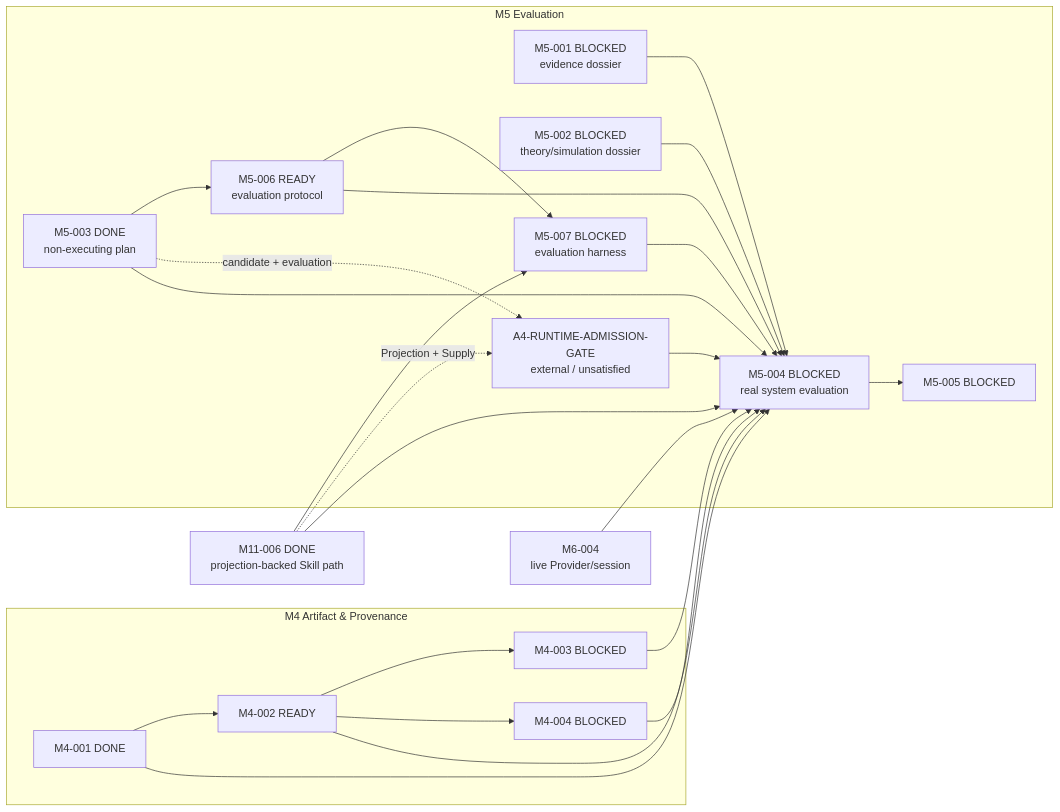
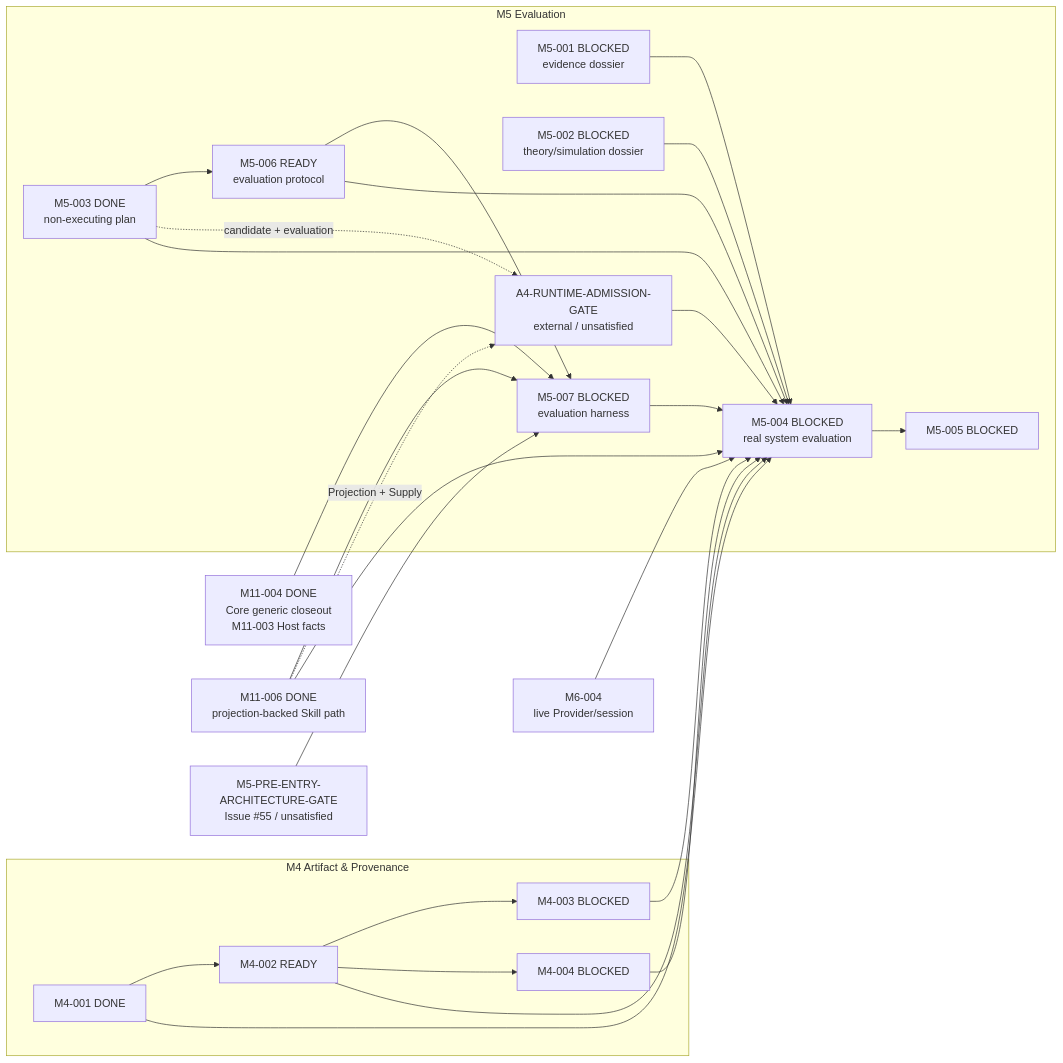
One commit to Chengyue-Lu/research-agent-workbench changed the third of 4 diagrams in docs/M_SERIES_IMPLEMENTATION_MAP.md. Above: the diagram before and after it, drawn with Mermaid. The commit also changed other lines of this file and 5 other files, not shown here.

````diff
--- a/docs/M_SERIES_IMPLEMENTATION_MAP.md
+++ b/docs/M_SERIES_IMPLEMENTATION_MAP.md
@@ -92,30 +92,32 @@
 ```mermaid
 flowchart LR
     subgraph M4["M4 Artifact & Provenance"]
         M4001["M4-001 DONE"] --> M4002["M4-002 READY"]
         M4002 --> M4003["M4-003 BLOCKED"]
         M4002 --> M4004["M4-004 BLOCKED"]
     end
 
     subgraph M5["M5 Evaluation"]
         M5001["M5-001 BLOCKED<br/>evidence dossier"] --> M5004["M5-004 BLOCKED<br/>real system evaluation"]
         M5002["M5-002 BLOCKED<br/>theory/simulation dossier"] --> M5004
         M5003["M5-003 DONE<br/>non-executing plan"] --> M5006["M5-006 READY<br/>evaluation protocol"]
         M5006 --> M5007["M5-007 BLOCKED<br/>evaluation harness"]
         M5003 -. "candidate + evaluation" .-> A4G["A4-RUNTIME-ADMISSION-GATE<br/>external / unsatisfied"]
         A4G --> M5004
         M5003 --> M5004
         M5006 --> M5004
         M5007 --> M5004
         M5004 --> M5005["M5-005 BLOCKED"]
     end
 
     M4001 --> M5004
     M4002 --> M5004
     M4003 --> M5004
     M4004 --> M5004
+    M1104["M11-004 DONE<br/>Core generic closeout<br/>M11-003 Host facts"] --> M5007
     M1106["M11-006 DONE<br/>projection-backed Skill path"] --> M5007
+    PREG["M5-PRE-ENTRY-ARCHITECTURE-GATE<br/>Issue #55 / unsatisfied"] --> M5007
     M1106 -. "Projection + Supply" .-> A4G
     M1106 --> M5004
     M6004["M6-004<br/>live Provider/session"] --> M5004
 ```
````
